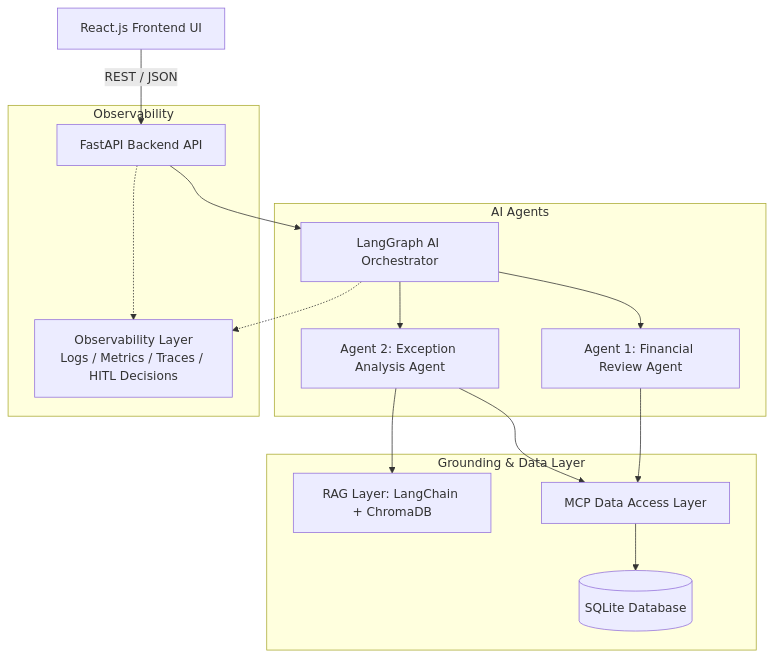
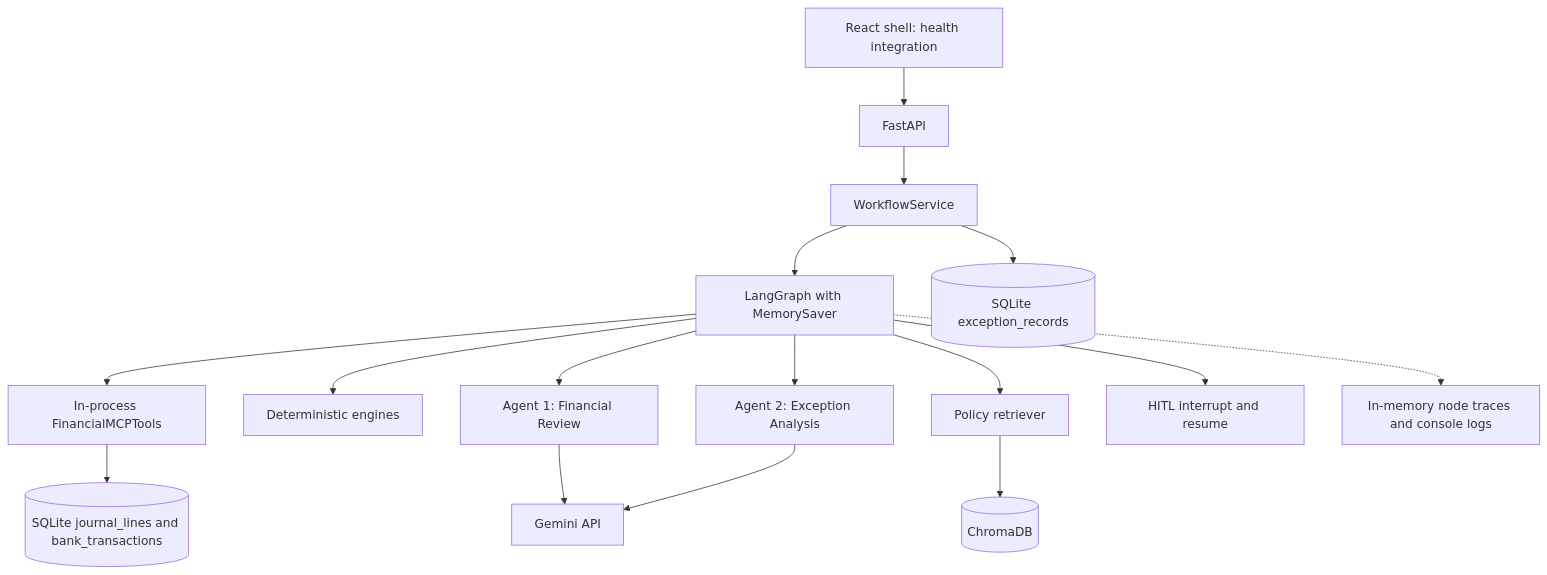
Before and after one commit to Iqbalshahzad96/ClosureIQ: the first of 4 diagrams in README.md, drawn with Mermaid. The commit also changed other lines of this file and 27 other files, not shown here.

````diff
--- a/README.md
+++ b/README.md
@@ -33,22 +28,18 @@
 ```mermaid
 flowchart TD
-    UI[React.js Frontend UI] -->|REST / JSON| API[FastAPI Backend API]
-    API --> ORCH[LangGraph AI Orchestrator]
-
-    subgraph AI Agents
-        ORCH --> AG1[Agent 1: Financial Review Agent]
-        ORCH --> AG2[Agent 2: Exception Analysis Agent]
-    end
-
-    subgraph Grounding & Data Layer
-        AG2 --> RAG[RAG Layer: LangChain + ChromaDB]
-        AG1 --> MCP[MCP Data Access Layer]
-        AG2 --> MCP
-        MCP --> DB[(SQLite Database)]
-    end
-
-    subgraph Observability
-        API -.-> OBS[Observability Layer\nLogs / Metrics / Traces / HITL Decisions]
-        ORCH -.-> OBS
-    end
+    UI[React shell: health integration] --> API[FastAPI]
+    API --> WS[WorkflowService]
+    WS --> G[LangGraph with MemorySaver]
+    G --> M[In-process FinancialMCPTools]
+    M --> DB[(SQLite journal_lines and bank_transactions)]
+    G --> E[Deterministic engines]
+    G --> A1[Agent 1: Financial Review]
+    G --> R[Policy retriever]
+    R --> C[(ChromaDB)]
+    G --> A2[Agent 2: Exception Analysis]
+    A1 --> L[Gemini API]
+    A2 --> L
+    G --> H[HITL interrupt and resume]
+    WS --> X[(SQLite exception_records)]
+    G -.-> T[In-memory node traces and console logs]
 ```
````
